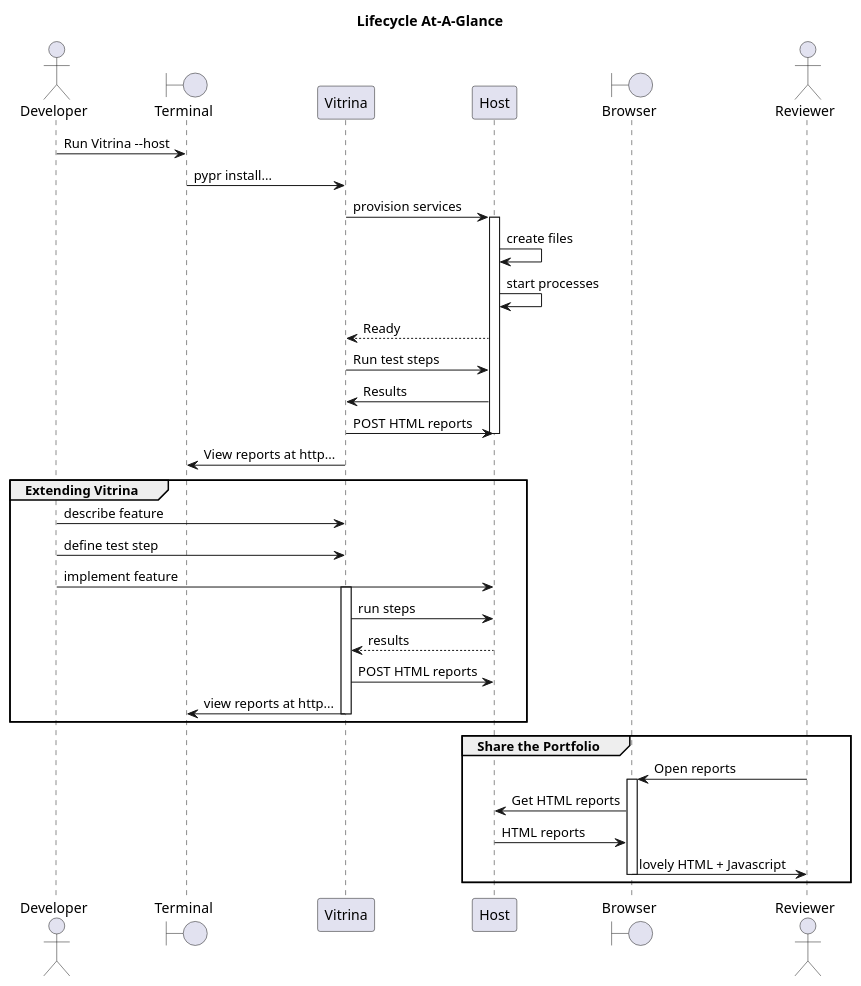
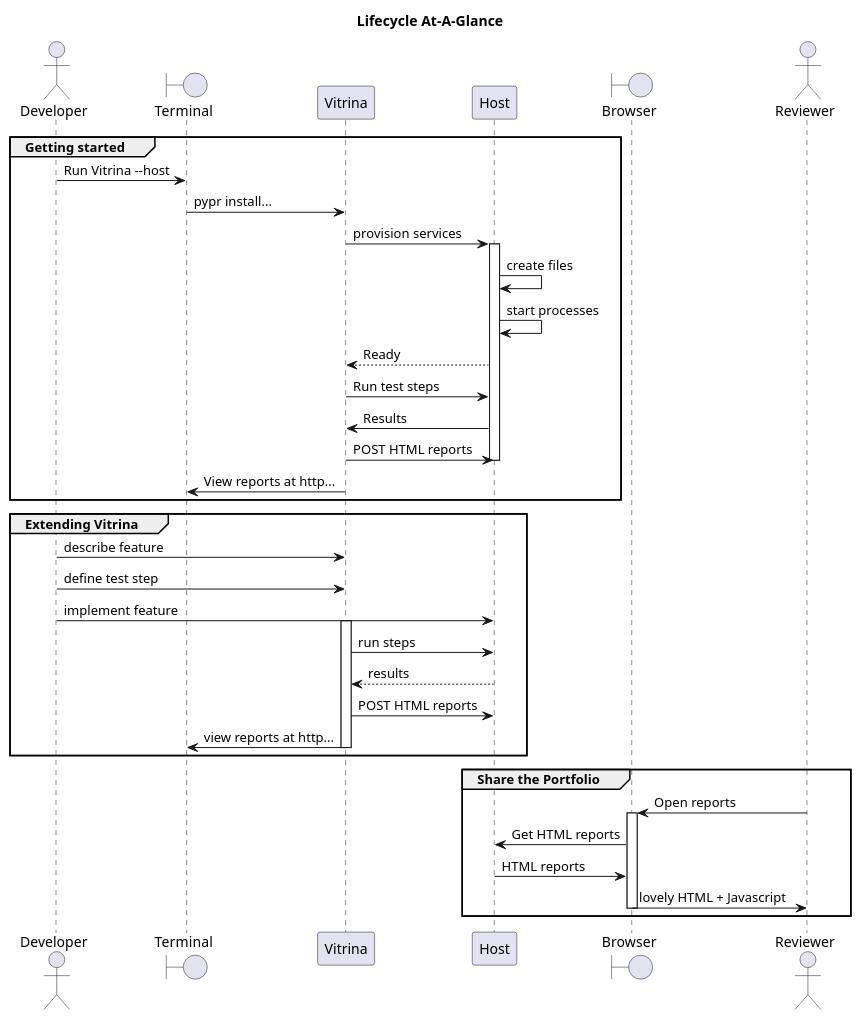
The diagram in docs/source/diagrams/seq_full_lifecycle.puml (blaisep/vitrina-home), drawn with PlantUML before and after one commit. The commit also changed 4 other files, not shown here.

First line of the commit message:
Add PlantUML sequence diagrams for running the tests.

```diff
--- a/docs/source/diagrams/seq_full_lifecycle.puml
+++ b/docs/source/diagrams/seq_full_lifecycle.puml
@@ -1,45 +1,51 @@
 @startuml
 ' !include https://raw.githubusercontent.com/bschwarz/puml-themes/master/themes/sketchy-outline/puml-theme-sketchy-outline.puml
 title "Lifecycle At-A-Glance"
 
 actor Developer
 boundary Terminal
+'----------------------
+
+group Getting started
 Developer -> Terminal : Run Vitrina --host
 Terminal -> Vitrina : pypr install...
 Vitrina -> Host : provision services
     activate Host
     Host -> Host : create files
     Host -> Host : start processes
     Host --> Vitrina : Ready
     Vitrina -> Host : Run test steps
     Host -> Vitrina : Results
     Vitrina -> Host : POST HTML reports
     deactivate
 Vitrina -> Terminal : View reports at http...
+end group
+'----------------------
 
 group Extending Vitrina
 
 Developer -> Vitrina : describe feature
 Developer  ->  Vitrina : define test step
 Developer -> Host : implement feature
 
     activate Vitrina
     Vitrina -> Host : run steps
     Host --> Vitrina : results
     Vitrina -> Host : POST HTML reports
     Vitrina -> Terminal : view reports at http...
     deactivate Vitrina
 
 end group
+'----------------------
 
 group  Share the Portfolio
 boundary Browser
 actor Reviewer
     Reviewer -> Browser : Open reports
     activate Browser
     Browser -> Host : Get HTML reports
     Host -> Browser : HTML reports
     Browser -> Reviewer : lovely HTML + Javascript
     deactivate
 end group
 @enduml
```
